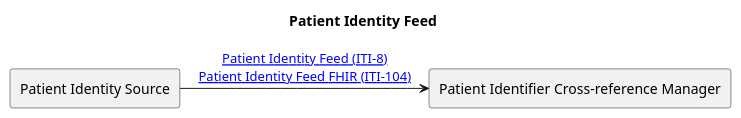
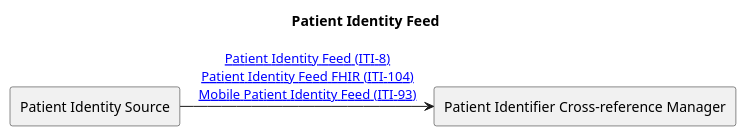
One commit to nw-gmsa/nw-gmsa.github.com changed the diagram in input/images-source/ITI-8.plantuml. Above: the diagram before and after it, drawn with PlantUML. The commit also changed 3 other files, not shown here.

```diff
--- a/input/images-source/ITI-8.plantuml
+++ b/input/images-source/ITI-8.plantuml
@@ -1,12 +1,11 @@
 @startuml
 
 title "Patient Identity Feed"
 
 agent "Patient Identity Source" as Source
 
 agent "Patient Identifier Cross-reference Manager" as MPI
 
-
-Source -r-> MPI: [[https://profiles.ihe.net/ITI/TF/Volume2/ITI-8.html Patient Identity Feed (ITI-8)]]\n[[https://profiles.ihe.net/ITI/PIXm/ITI-104.html Patient Identity Feed FHIR (ITI-104)]]
+Source -r-> MPI: [[https://profiles.ihe.net/ITI/TF/Volume2/ITI-8.html Patient Identity Feed (ITI-8)]]\n[[https://profiles.ihe.net/ITI/PIXm/ITI-104.html Patient Identity Feed FHIR (ITI-104)]]\n[[https://profiles.ihe.net/ITI/PMIR/ITI-93.html Mobile Patient Identity Feed (ITI-93)]]
 
 @enduml
```
